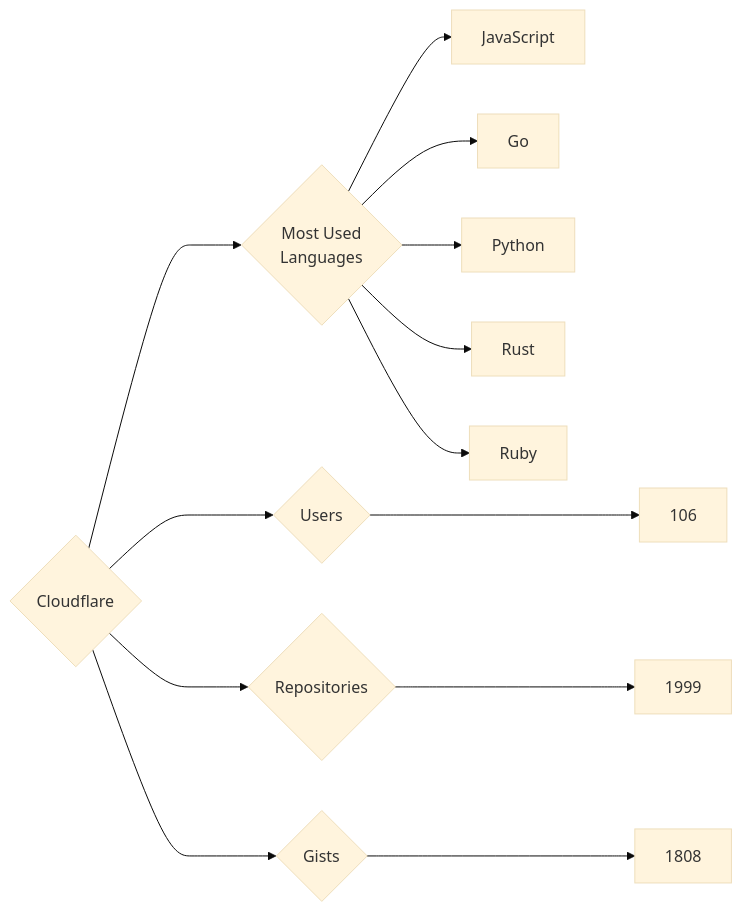
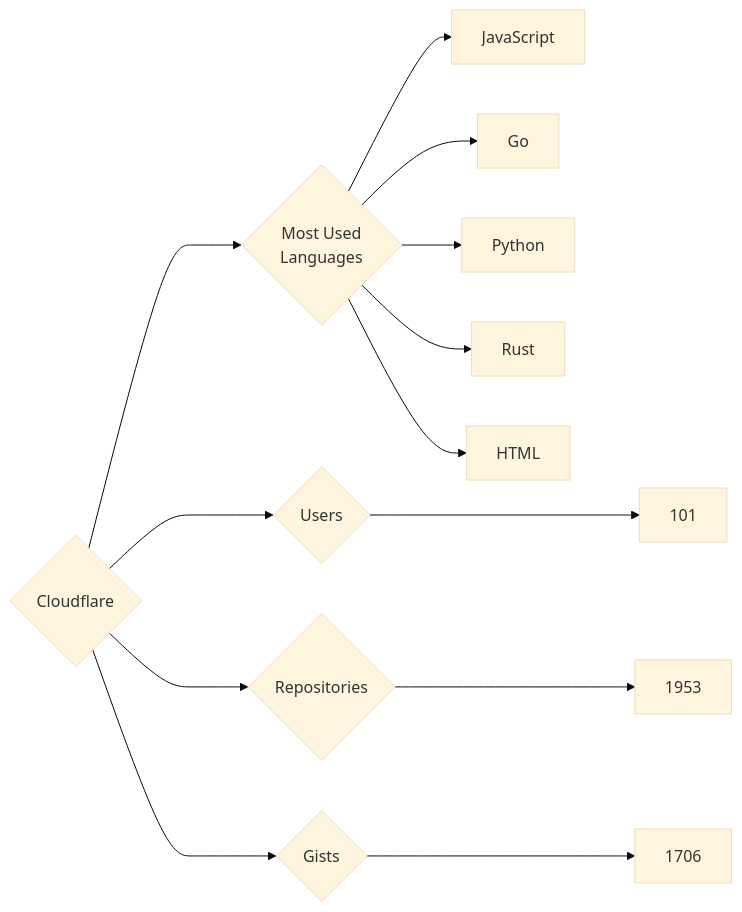
One commit to trickest/insiders changed the diagram in targets/Cloudflare/README.md. Above: the diagram before and after it, drawn with Mermaid (base theme). The commit also changed 861 other files, not shown here.

````diff
--- a/targets/Cloudflare/README.md
+++ b/targets/Cloudflare/README.md
@@ -3,13 +3,13 @@
 ```mermaid
 graph LR
 COMPANY_NAME{Cloudflare}
-COMPANY_NAME ---> U{Users} ---> UN[106]
-COMPANY_NAME ---> R{Repositories} ---> RN[1999]
-COMPANY_NAME ---> G{Gists} ---> GN[1808]
+COMPANY_NAME ---> U{Users} ---> UN[101]
+COMPANY_NAME ---> R{Repositories} ---> RN[1953]
+COMPANY_NAME ---> G{Gists} ---> GN[1706]
 COMPANY_NAME ---> ML{Most Used<br>Languages}
 ML --> JavaScript[JavaScript]
 ML --> Go[Go]
 ML --> Python[Python]
 ML --> Rust[Rust]
-ML --> Ruby[Ruby]
+ML --> HTML[HTML]
 ```
````
